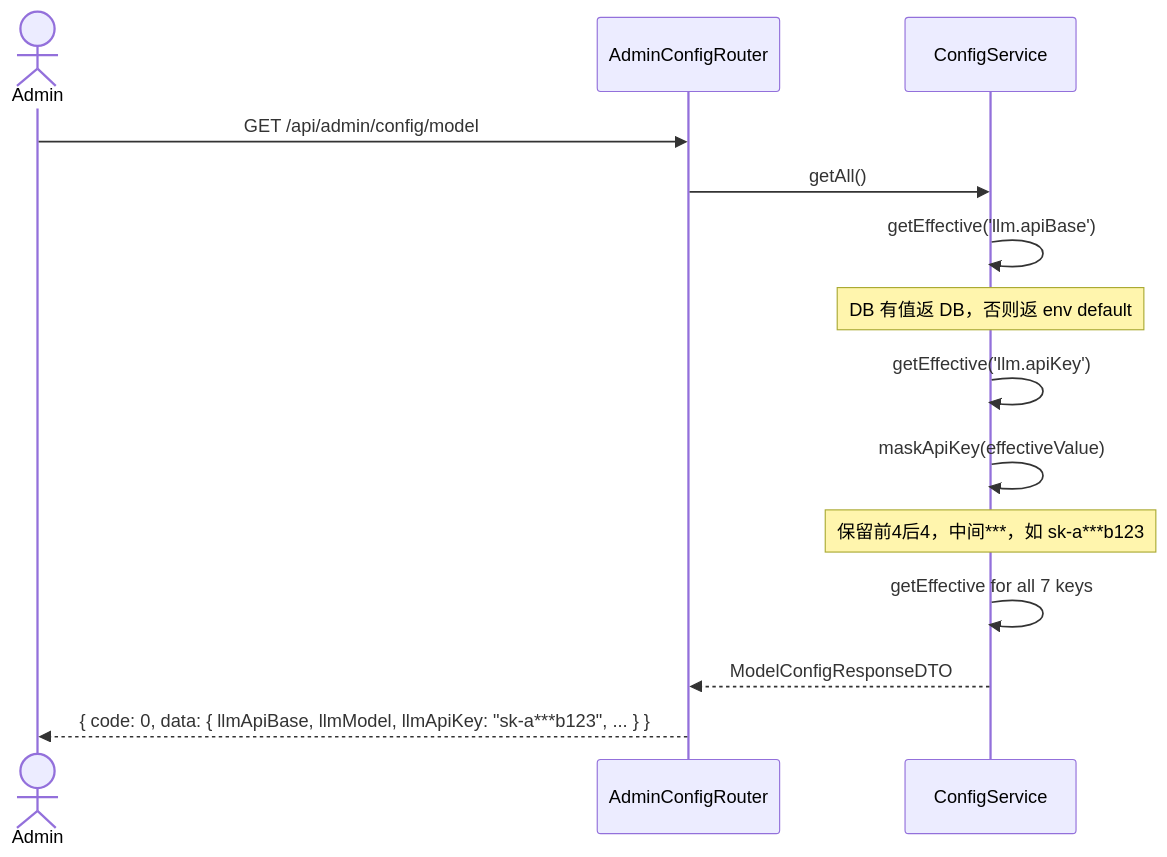
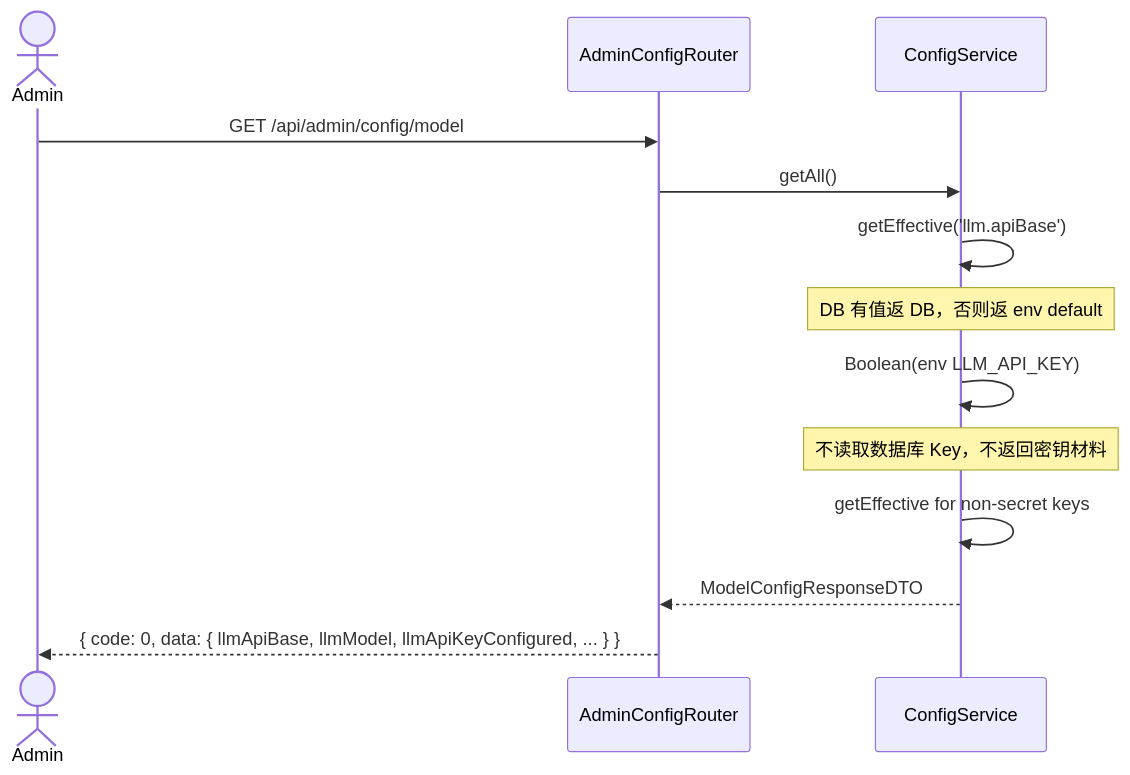
One commit to Rcloudso/smart-customer-service-ai changed the second of 5 diagrams in docs/system_design.md. Above: the diagram before and after it, drawn with Mermaid. The commit also changed other lines of this file and 19 other files, not shown here.

Commit message:
fix: keep model API keys out of SQLite

````diff
--- a/docs/system_design.md
+++ b/docs/system_design.md
@@ -194,14 +189,13 @@
 ```mermaid
 sequenceDiagram
     actor Admin
     Admin->>AdminConfigRouter: GET /api/admin/config/model
     AdminConfigRouter->>ConfigService: getAll()
     ConfigService->>ConfigService: getEffective('llm.apiBase')
     Note over ConfigService: DB 有值返 DB，否则返 env default
-    ConfigService->>ConfigService: getEffective('llm.apiKey')
-    ConfigService->>ConfigService: maskApiKey(effectiveValue)
-    Note over ConfigService: 保留前4后4，中间***，如 sk-a***b123
-    ConfigService->>ConfigService: getEffective for all 7 keys
+    ConfigService->>ConfigService: Boolean(env LLM_API_KEY)
+    Note over ConfigService: 不读取数据库 Key，不返回密钥材料
+    ConfigService->>ConfigService: getEffective for non-secret keys
     ConfigService-->>AdminConfigRouter: ModelConfigResponseDTO
-    AdminConfigRouter-->>Admin: { code: 0, data: { llmApiBase, llmModel, llmApiKey: "sk-a***b123", ... } }
+    AdminConfigRouter-->>Admin: { code: 0, data: { llmApiBase, llmModel, llmApiKeyConfigured, ... } }
 ```
````
